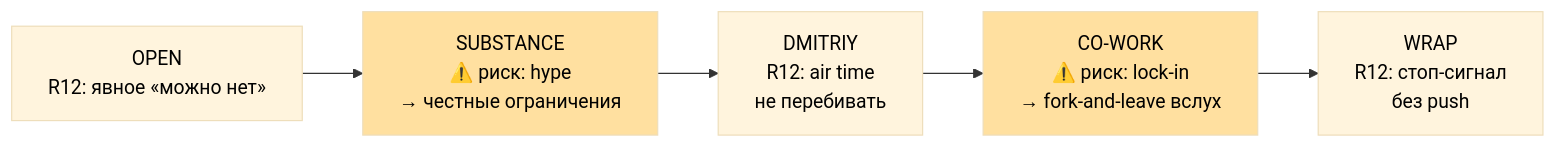
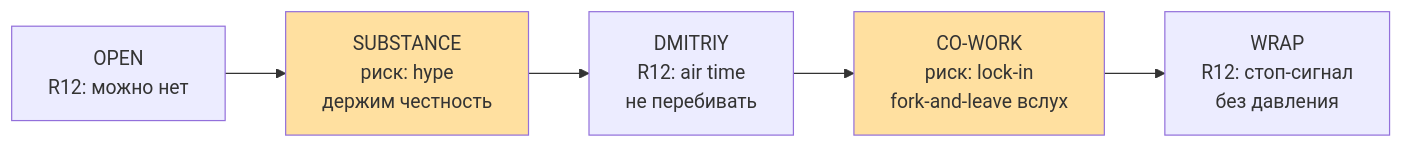
The fifth of 5 diagrams in decisions/strategic/CALL-PLAN-DMITRIY-KAISER-2026-05-25.md (Bogersebekov/jetix-os), drawn with Mermaid before and after one commit. The commit also changed other lines of this file, not shown here.

Commit message:
[call-plan] Dmitriy Kaiser 25.05 — fix mermaid (drop init directive/emoji/unicode; validated 5/5 with mermaid v11)

````diff
--- a/decisions/strategic/CALL-PLAN-DMITRIY-KAISER-2026-05-25.md
+++ b/decisions/strategic/CALL-PLAN-DMITRIY-KAISER-2026-05-25.md
@@ -232,10 +228,9 @@
 ```mermaid
-%%{init: {'theme':'base', 'themeVariables': {'primaryTextColor':'#000','textColor':'#000','lineColor':'#333'}}}%%
 graph LR
-    S1["OPEN<br/>R12: явное «можно нет»"] --> S2["SUBSTANCE<br/>⚠️ риск: hype<br/>→ честные ограничения"]
+    S1["OPEN<br/>R12: можно нет"] --> S2["SUBSTANCE<br/>риск: hype<br/>держим честность"]
     S2 --> S3["DMITRIY<br/>R12: air time<br/>не перебивать"]
-    S3 --> S4["CO-WORK<br/>⚠️ риск: lock-in<br/>→ fork-and-leave вслух"]
-    S4 --> S5["WRAP<br/>R12: стоп-сигнал<br/>без push"]
-    style S2 fill:#ffe0a0,color:#000
-    style S4 fill:#ffe0a0,color:#000
+    S3 --> S4["CO-WORK<br/>риск: lock-in<br/>fork-and-leave вслух"]
+    S4 --> S5["WRAP<br/>R12: стоп-сигнал<br/>без давления"]
+    style S2 fill:#ffe0a0
+    style S4 fill:#ffe0a0
 ```
````
